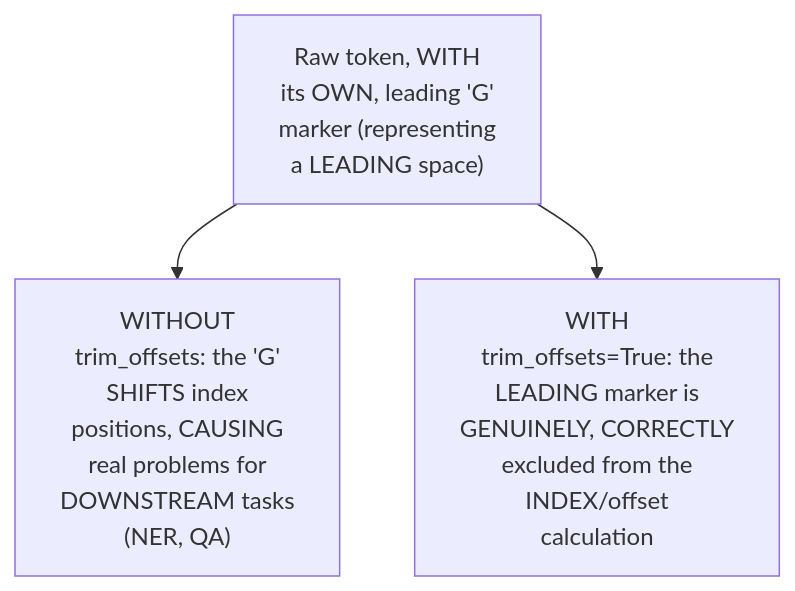
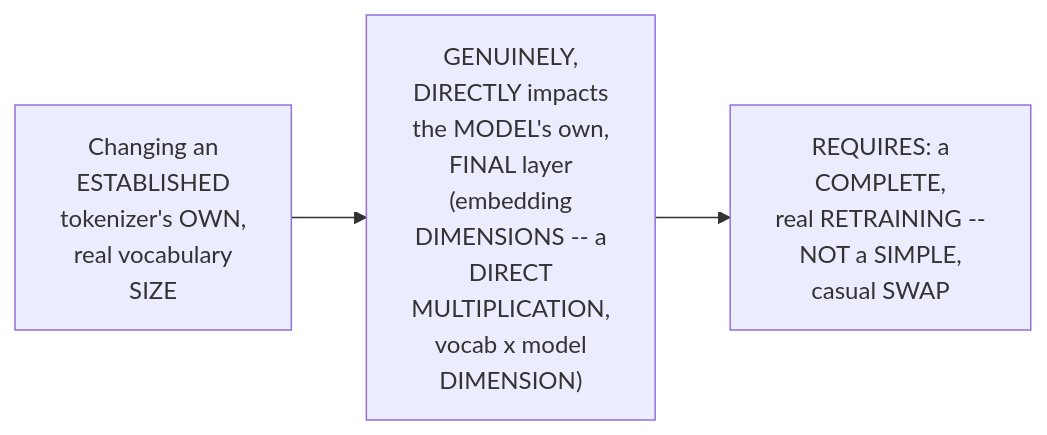
Diagram 13 of 27 in LLM Production AI Engineering/1. AI Foundations/2. Tokenization/4. Resolving the Vocabulary-Size Conflict.md (sanjeevpalla/Notes), drawn with Mermaid before and after one commit. The commit also changed other lines of this file and 7 other files, not shown here.

````diff
--- a/LLM Production AI Engineering/1. AI Foundations/2. Tokenization/4. Resolving the Vocabulary-Size Conflict.md
+++ b/LLM Production AI Engineering/1. AI Foundations/2. Tokenization/4. Resolving the Vocabulary-Size Conflict.md
@@ -433,5 +287,5 @@
 ```mermaid
-flowchart TD
-    A["Raw token, WITH<br/>its OWN, leading 'G'<br/>marker (representing<br/>a LEADING space)"] --> B["WITHOUT<br/>trim_offsets: the 'G'<br/>SHIFTS index<br/>positions, CAUSING<br/>real problems for<br/>DOWNSTREAM tasks<br/>(NER, QA)"]
-    A --> C["WITH<br/>trim_offsets=True: the<br/>LEADING marker is<br/>GENUINELY, CORRECTLY<br/>excluded from the<br/>INDEX/offset<br/>calculation"]
+flowchart LR
+    A["Changing an<br/>ESTABLISHED<br/>tokenizer's OWN,<br/>real vocabulary<br/>SIZE"] --> B["GENUINELY,<br/>DIRECTLY impacts<br/>the MODEL's own,<br/>FINAL layer<br/>(embedding<br/>DIMENSIONS -- a<br/>DIRECT<br/>MULTIPLICATION,<br/>vocab x model<br/>DIMENSION)"]
+    B --> C["REQUIRES: a<br/>COMPLETE,<br/>real RETRAINING --<br/>NOT a SIMPLE,<br/>casual SWAP"]
 ```
````
